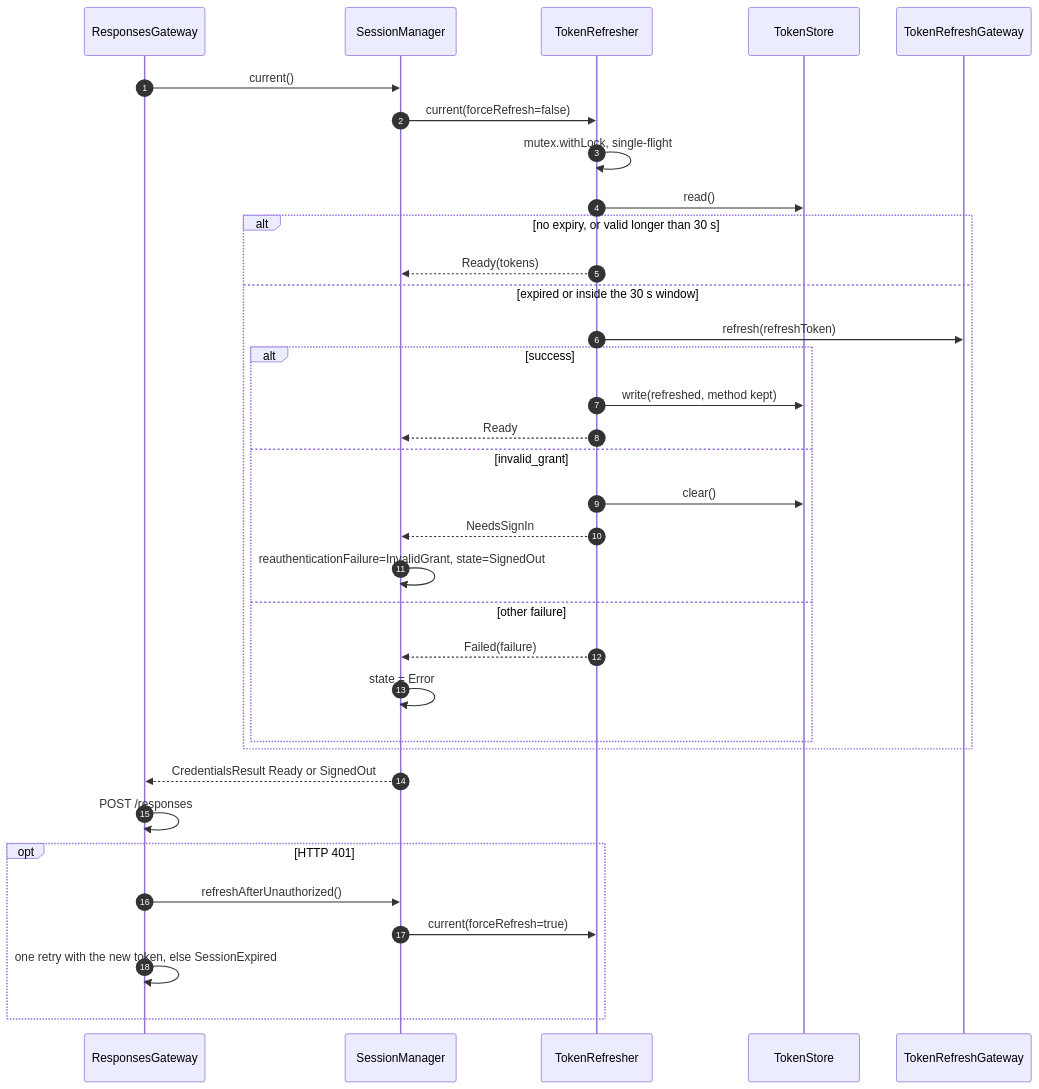
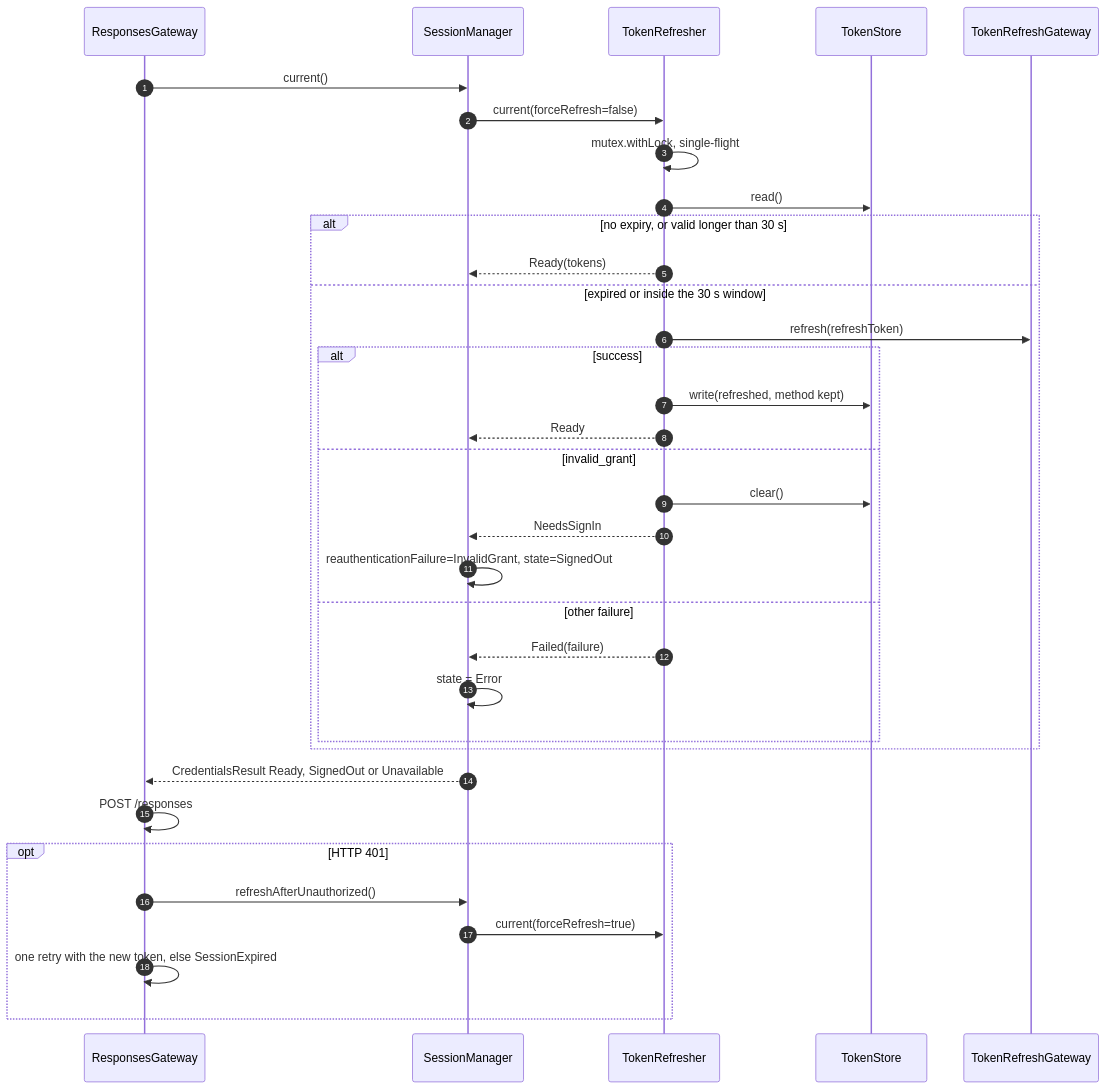
One commit to ValievM/phone-agent changed the fourth of 6 diagrams in docs/architecture/map-flows.md. Above: the diagram before and after it, drawn with Mermaid. The commit also changed 9 other files, not shown here.

````diff
--- a/docs/architecture/map-flows.md
+++ b/docs/architecture/map-flows.md
@@ -133,36 +133,36 @@
 ```mermaid
 sequenceDiagram
 autonumber
 participant GW as ResponsesGateway
 participant SM as SessionManager
 participant TR as TokenRefresher
 participant TS as TokenStore
 participant TG as TokenRefreshGateway
 GW->>SM: current()
 SM->>TR: current(forceRefresh=false)
 TR->>TR: mutex.withLock, single-flight
 TR->>TS: read()
 alt no expiry, or valid longer than 30 s
 TR-->>SM: Ready(tokens)
 else expired or inside the 30 s window
 TR->>TG: refresh(refreshToken)
 alt success
 TR->>TS: write(refreshed, method kept)
 TR-->>SM: Ready
 else invalid_grant
 TR->>TS: clear()
 TR-->>SM: NeedsSignIn
 SM->>SM: reauthenticationFailure=InvalidGrant, state=SignedOut
 else other failure
 TR-->>SM: Failed(failure)
 SM->>SM: state = Error
 end
 end
-SM-->>GW: CredentialsResult Ready or SignedOut
+SM-->>GW: CredentialsResult Ready, SignedOut or Unavailable
 GW->>GW: POST /responses
 opt HTTP 401
 GW->>SM: refreshAfterUnauthorized()
 SM->>TR: current(forceRefresh=true)
 GW->>GW: one retry with the new token, else SessionExpired
 end
 ```
````
